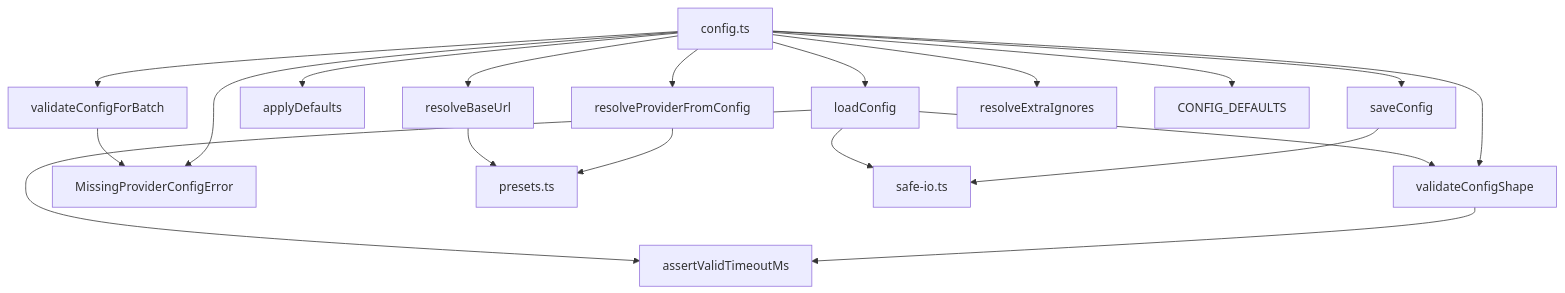
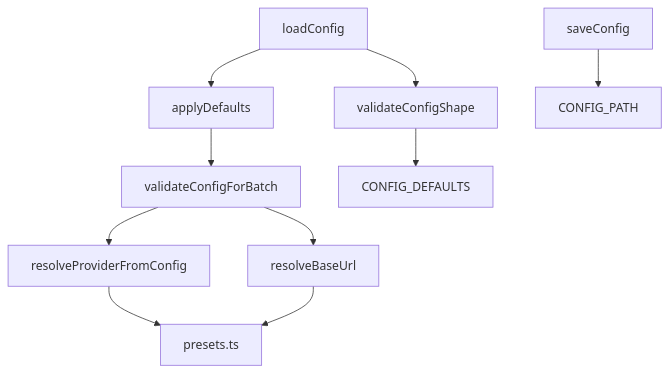
Before and after one commit to eduardoabreu81/livewiki: the diagram in livewiki/diagrams/core-src-config.mmd, drawn with Mermaid. The commit also changed 31 other files, not shown here.

```diff
--- a/livewiki/diagrams/core-src-config.mmd
+++ b/livewiki/diagrams/core-src-config.mmd
@@ -1,19 +1,10 @@
-graph TD
-    A[config.ts] --> B[loadConfig]
-    A --> C[saveConfig]
-    A --> D[applyDefaults]
-    A --> E[resolveProviderFromConfig]
-    A --> F[validateConfigForBatch]
-    A --> G[resolveBaseUrl]
-    A --> H[resolveExtraIgnores]
-    A --> I[validateConfigShape]
-    I --> J[assertValidTimeoutMs]
-    A --> K[MissingProviderConfigError]
-    A --> L[CONFIG_DEFAULTS]
-    B --> I
-    F --> K
-    B --> J
-    E --> M[presets.ts]
-    G --> M
-    C --> N[safe-io.ts]
-    B --> N
+flowchart TD
+    A[loadConfig] --> B[validateConfigShape]
+    A --> C[applyDefaults]
+    C --> D[validateConfigForBatch]
+    D --> E[resolveProviderFromConfig]
+    D --> F[resolveBaseUrl]
+    G[saveConfig] --> H[CONFIG_PATH]
+    E --> I[presets.ts]
+    F --> I
+    B --> J[CONFIG_DEFAULTS]
```
